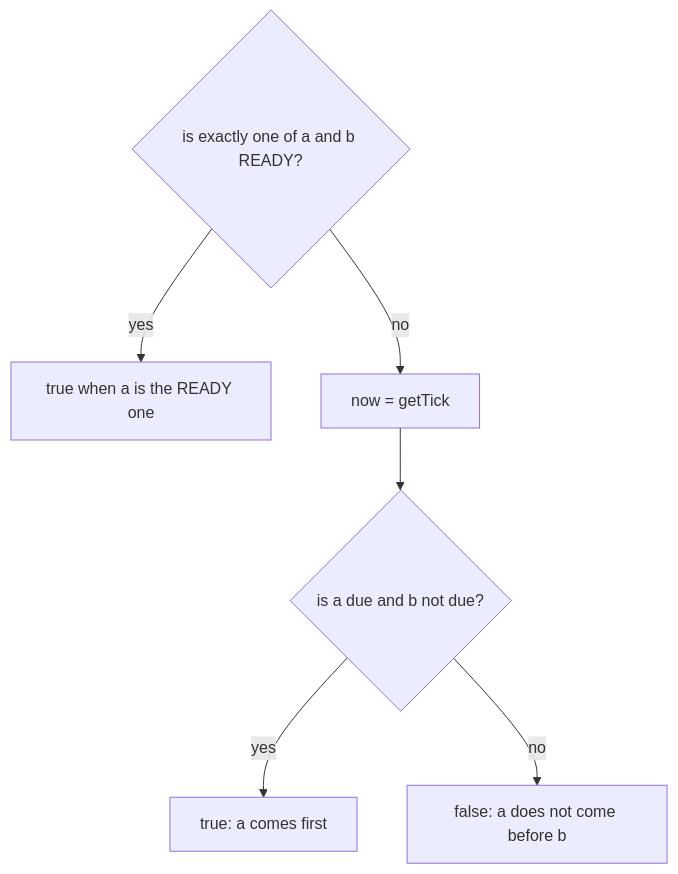
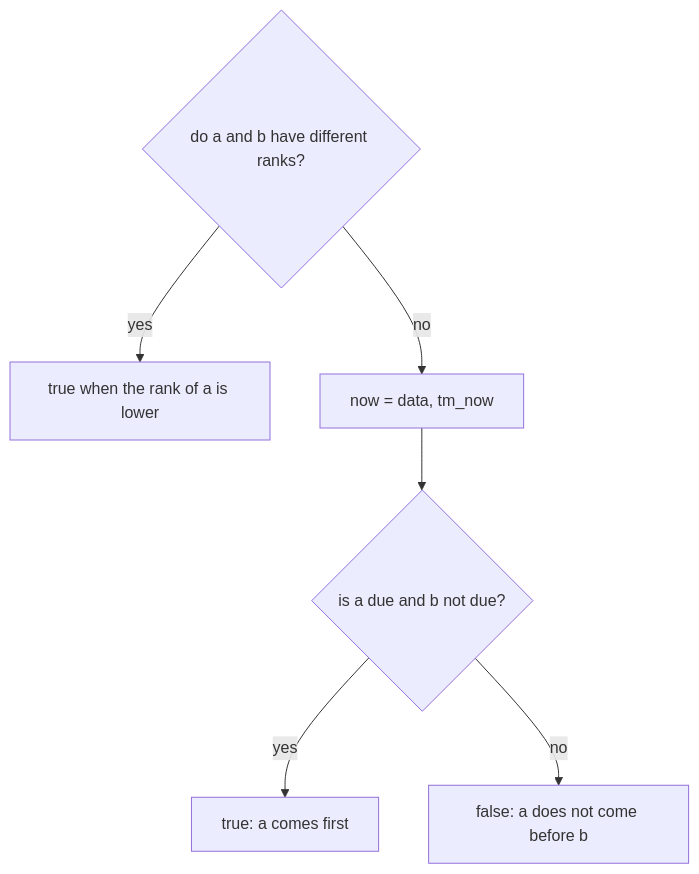
Before and after one commit to solariun/atomicx2: the sixth of 8 diagrams in spec.md, drawn with Mermaid. The commit also changed other lines of this file and 3 other files, not shown here.

````diff
--- a/spec.md
+++ b/spec.md
@@ -414,9 +457,9 @@
 ```mermaid
 flowchart TD
-    q1{"is exactly one of a and b READY?"}
-    q1 -->|yes| r1["true when a is the READY one"]
-    q1 -->|no| n["now = getTick"]
+    q1{"do a and b have different ranks?"}
+    q1 -->|yes| r1["true when the rank of a is lower"]
+    q1 -->|no| n["now = data, tm_now"]
     n --> q2{"is a due and b not due?"}
     q2 -->|yes| t["true: a comes first"]
     q2 -->|no| f["false: a does not come before b"]
 ```
````
